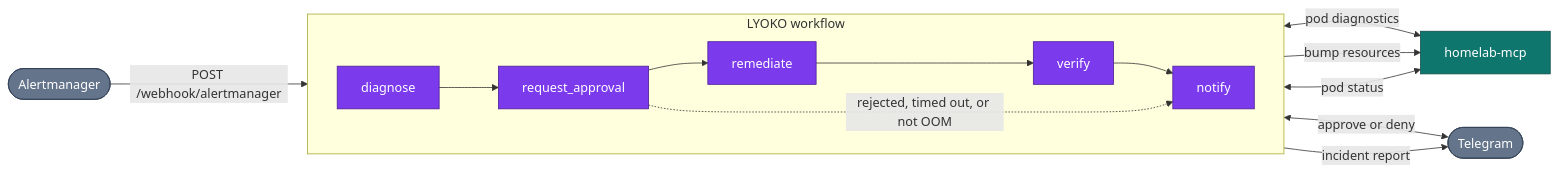
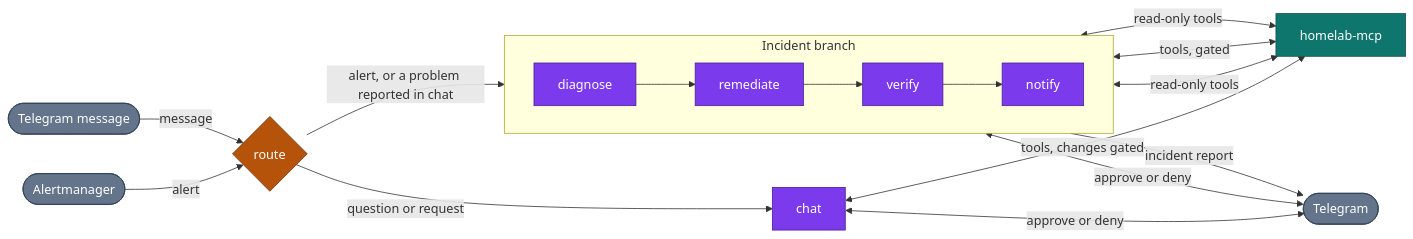
Before and after one commit to csp33/homelab-ai-ops: the diagram in packages/agents/lyoko/README.md, drawn with Mermaid. The commit also changed other lines of this file and 35 other files, not shown here.

First line of the commit message:
feat(lyoko): route chat and alerts through one tool-gated graph

````diff
--- a/packages/agents/lyoko/README.md
+++ b/packages/agents/lyoko/README.md
@@ -19,25 +21,33 @@
 ```mermaid
 flowchart LR
-    AM([Alertmanager]) -->|POST /webhook/alertmanager| D
+    AM([Alertmanager]) -->|alert| RT
+    MSG([Telegram message]) -->|message| RT
+    RT{route}
 
-    subgraph WF["LYOKO workflow"]
+    RT -->|question or request| C[chat]
+    RT -->|alert, or a problem reported in chat| D
+
+    subgraph INC["Incident branch"]
         direction LR
-        D[diagnose] --> A[request_approval] --> R[remediate] --> V[verify] --> N[notify]
+        D[diagnose] --> R[remediate] --> V[verify] --> N[notify]
     end
 
-    D <-->|pod diagnostics| MCP[homelab-mcp]
-    R -->|bump resources| MCP
-    V <-->|pod status| MCP
-    A <-->|approve or deny| TG([Telegram])
+    C <-->|tools, changes gated| MCP[homelab-mcp]
+    D <-->|read-only tools| MCP
+    R <-->|tools, gated| MCP
+    V <-->|read-only tools| MCP
+
+    C <-->|approve or deny| TG([Telegram])
+    R <-->|approve or deny| TG
     N -->|incident report| TG
 
-    A -.->|rejected, timed out, or not OOM| N
-
     classDef external fill:#64748b,stroke:#334155,color:#fff;
+    classDef router fill:#b45309,stroke:#78350f,color:#fff;
     classDef step fill:#7c3aed,stroke:#4c1d95,color:#fff;
     classDef gateway fill:#0f766e,stroke:#134e4a,color:#fff;
 
-    class AM,TG external;
-    class D,A,R,V,N step;
+    class AM,MSG,TG external;
+    class RT router;
+    class C,D,R,V,N step;
     class MCP gateway;
 ```
````
